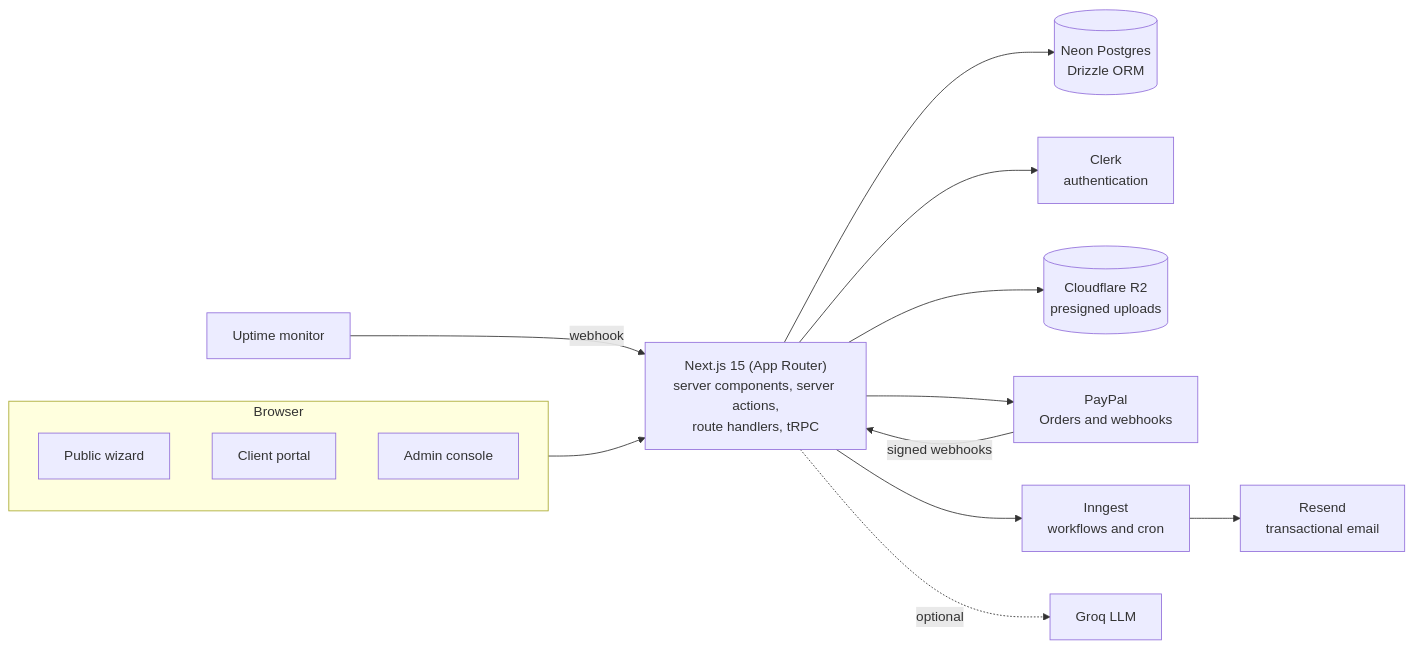
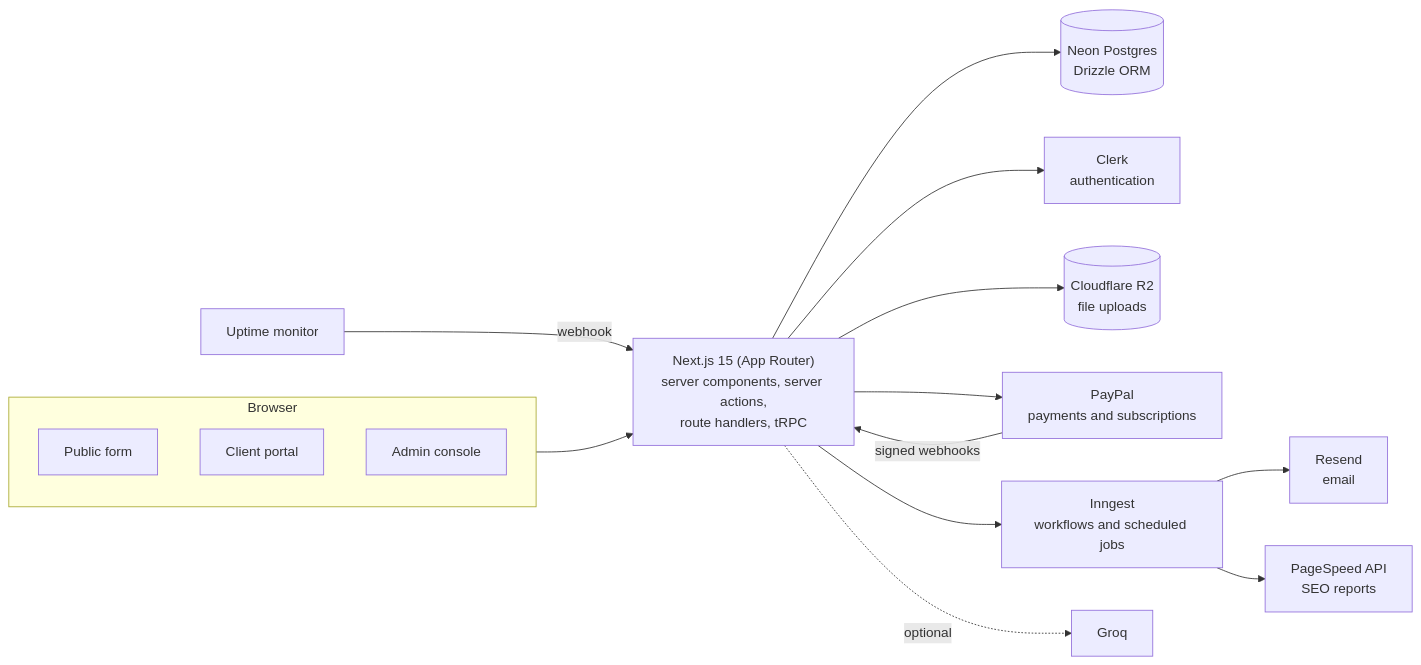
The first of 2 diagrams in README.md (XavierQuirico/waas-platform), drawn with Mermaid before and after one commit. The commit also changed other lines of this file and 4 other files, not shown here.

````diff
--- a/README.md
+++ b/README.md
@@ -43,18 +49,19 @@
 ```mermaid
 flowchart LR
   subgraph Browser
-    W[Public wizard]
+    W[Public form]
     P[Client portal]
     A[Admin console]
   end
   Browser --> N["Next.js 15 (App Router)<br/>server components, server actions,<br/>route handlers, tRPC"]
   N --> DB[("Neon Postgres<br/>Drizzle ORM")]
   N --> C[Clerk<br/>authentication]
-  N --> R2[("Cloudflare R2<br/>presigned uploads")]
-  N --> PP[PayPal<br/>Orders and webhooks]
+  N --> R2[("Cloudflare R2<br/>file uploads")]
+  N --> PP[PayPal<br/>payments and subscriptions]
   PP -- signed webhooks --> N
-  N --> I["Inngest<br/>workflows and cron"]
-  I --> E[Resend<br/>transactional email]
-  N -. optional .-> G[Groq LLM]
   UR[Uptime monitor] -- webhook --> N
+  N --> I["Inngest<br/>workflows and scheduled jobs"]
+  I --> E[Resend<br/>email]
+  I --> PS[PageSpeed API<br/>SEO reports]
+  N -. optional .-> G[Groq]
 ```
````
